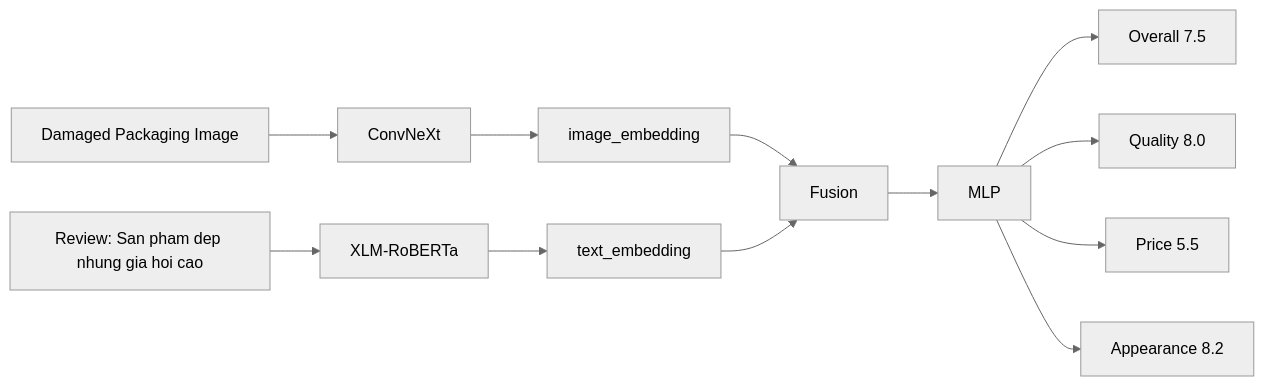
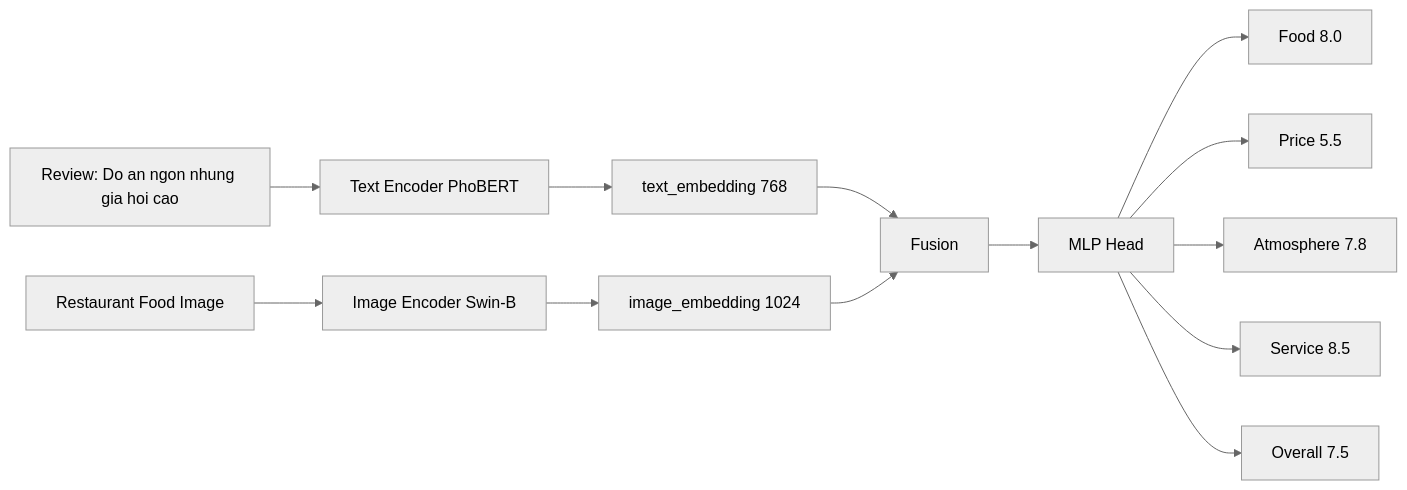
The fourth of 4 diagrams in doc/Explainable_AI_for_Multimodal_Product_Quality_Assessment.md (lechihoang/SE365), drawn with Mermaid (neutral theme) before and after one commit. The commit also changed other lines of this file and 3 other files, not shown here.

````diff
--- a/doc/Explainable_AI_for_Multimodal_Product_Quality_Assessment.md
+++ b/doc/Explainable_AI_for_Multimodal_Product_Quality_Assessment.md
@@ -1860,14 +1884,15 @@
 ```mermaid
 flowchart LR
-    A[Damaged Packaging Image] --> B[ConvNeXt]
-    C[Review: San pham dep nhung gia hoi cao] --> D[XLM-RoBERTa]
-    B --> E[image_embedding]
-    D --> F[text_embedding]
-    E --> G[Fusion]
-    F --> G
-    G --> H[MLP]
-    H --> I[Overall 7.5]
-    H --> J[Quality 8.0]
-    H --> K[Price 5.5]
-    H --> L[Appearance 8.2]
+    A[Restaurant Food Image] --> B[Image Encoder Swin-B]
+    C[Review: Do an ngon nhung gia hoi cao] --> D[Text Encoder PhoBERT]
+    B --> E[image_embedding 1024]
+    D --> F[text_embedding 768]
+    F --> G[Fusion]
+    E --> G
+    G --> H[MLP Head]
+    H --> I[Food 8.0]
+    H --> J[Price 5.5]
+    H --> K[Atmosphere 7.8]
+    H --> L[Service 8.5]
+    H --> M[Overall 7.5]
 ```
````
